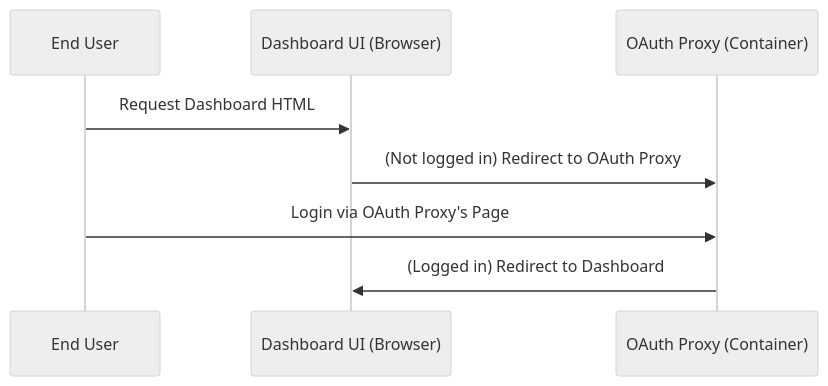
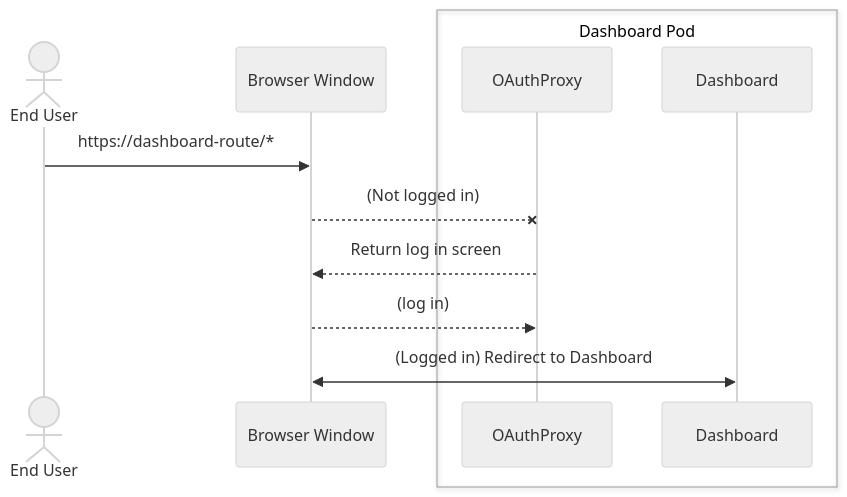
Before and after one commit to opendatahub-io/architecture-decision-records: the first of 3 diagrams in documentation/components/dashboard/README.md, drawn with Mermaid (neutral theme).

Commit message:
Updating the logged in vs. non-logged in routes

````diff
--- a/documentation/components/dashboard/README.md
+++ b/documentation/components/dashboard/README.md
@@ -28,11 +28,15 @@
 ```mermaid
 sequenceDiagram
-    participant EndUser as End User
-    participant DashboardUI as Dashboard UI (Browser)
-    participant OAuthProxy as OAuth Proxy (Container)
+    actor EndUser as End User
+    participant Browser as Browser Window
+    box Dashboard Pod
+    participant OAuthProxy
+    participant Dashboard
+    end
 
-    EndUser->>DashboardUI: Request Dashboard HTML
-    DashboardUI->>OAuthProxy: (Not logged in) Redirect to OAuth Proxy
-    EndUser->>OAuthProxy: Login via OAuth Proxy's Page
-    OAuthProxy->>DashboardUI: (Logged in) Redirect to Dashboard
+    EndUser->>Browser: https://dashboard-route/*
+    Browser--xOAuthProxy: (Not logged in)
+    OAuthProxy-->>Browser: Return log in screen
+    Browser-->>OAuthProxy: (log in)
+    Browser<<->>Dashboard: (Logged in) Redirect to Dashboard
 ```
````
